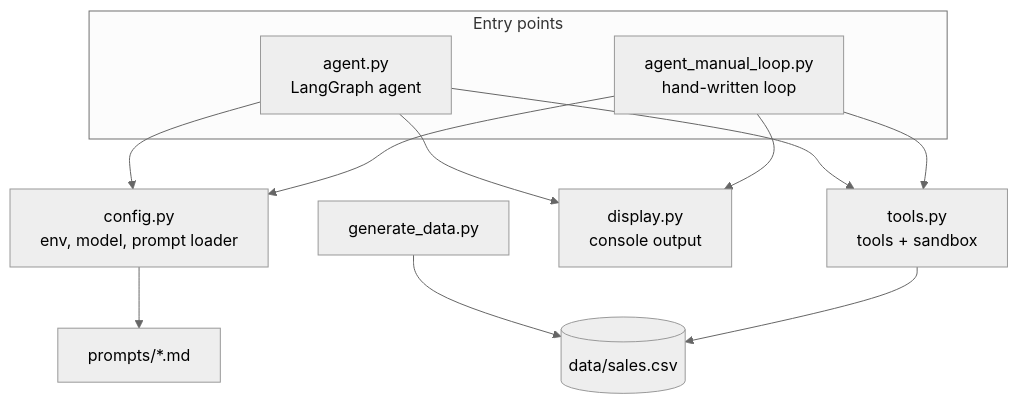
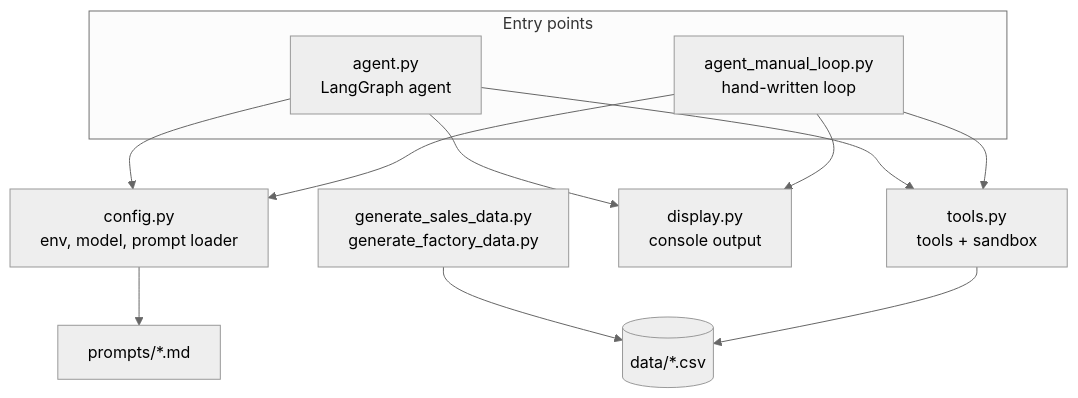
The first of 2 diagrams in docs/06-architecture.md (sztistvan/agentic-loop-explained), drawn with Mermaid (neutral theme) before and after one commit. The commit also changed other lines of this file and 23 other files, not shown here.

First line of the commit message:
Add factory dataset, run header, on-request reports, and chart-path guard

````diff
--- a/docs/06-architecture.md
+++ b/docs/06-architecture.md
@@ -5,18 +5,18 @@
 ```mermaid
 flowchart TD
     subgraph entry[Entry points]
         A[agent.py<br/>LangGraph agent]
         B[agent_manual_loop.py<br/>hand-written loop]
     end
     C[config.py<br/>env, model, prompt loader]
     T[tools.py<br/>tools + sandbox]
     D[display.py<br/>console output]
     P[prompts/*.md]
-    G[generate_data.py]
-    CSV[(data/sales.csv)]
+    G[generate_sales_data.py<br/>generate_factory_data.py]
+    CSV[(data/*.csv)]
     A --> C & T & D
     B --> C & T & D
     C --> P
     G --> CSV
     T --> CSV
 ```
````
